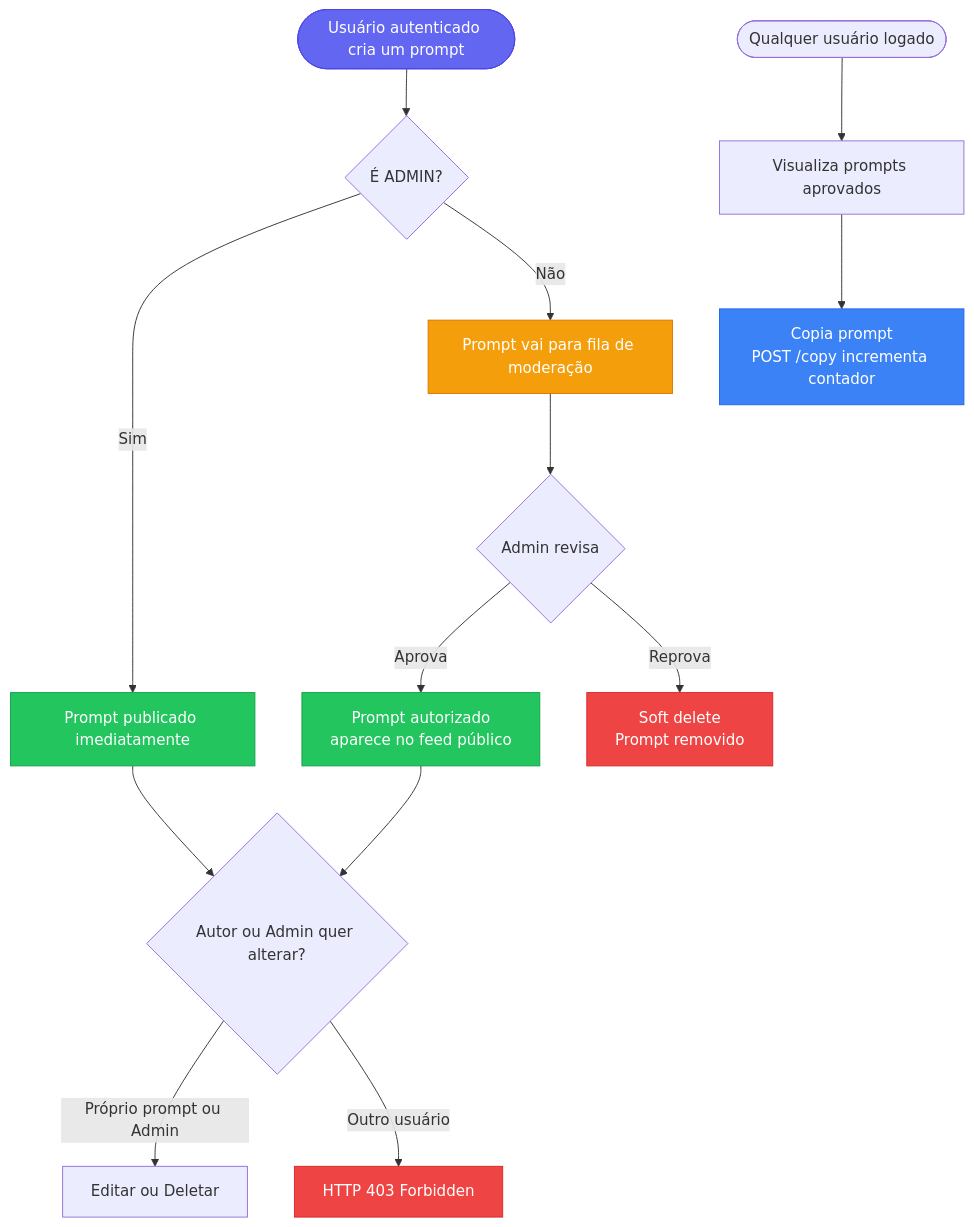
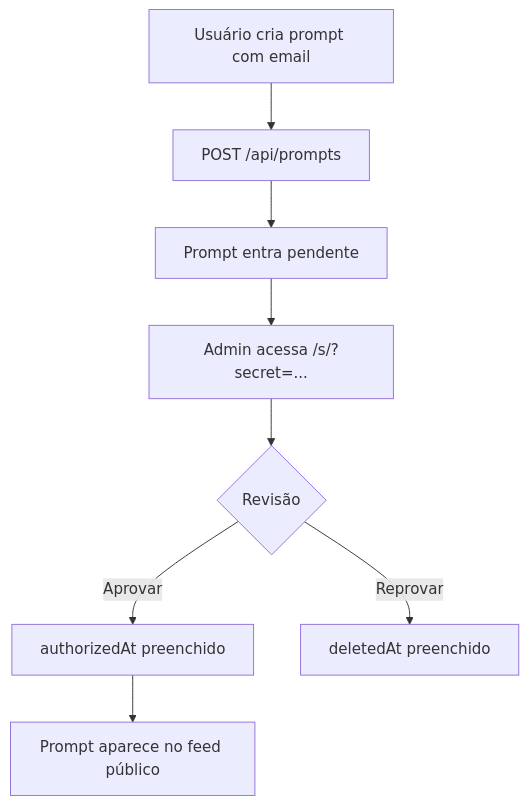
The fourth of 10 diagrams in README.md (nataliarosa88/marketplace-de-prompts), drawn with Mermaid before and after one commit. The commit also changed other lines of this file and 31 other files, not shown here.

First line of the commit message:
Remove auth flow and switch admin to secret URL.

````diff
--- a/README.md
+++ b/README.md
@@ -204,28 +155,10 @@
 ```mermaid
 flowchart TD
-    A([Usuário autenticado cria um prompt]) --> B{É ADMIN?}
-
-    B -->|Sim| C[Prompt publicado imediatamente]
-    B -->|Não| D[Prompt vai para fila de moderação]
-
-    D --> E{Admin revisa}
-    E -->|Aprova| F[Prompt autorizado\naparece no feed público]
-    E -->|Reprova| G[Soft delete\nPrompt removido]
-
-    F --> H{Autor ou Admin quer alterar?}
-    H -->|Próprio prompt ou Admin| I[Editar ou Deletar]
-    H -->|Outro usuário| J[HTTP 403 Forbidden]
-
-    C --> H
-
-    K([Qualquer usuário logado]) --> L[Visualiza prompts aprovados]
-    L --> M[Copia prompt\nPOST /copy incrementa contador]
-
-    style A fill:#6366f1,color:#fff,stroke:#4f46e5
-    style C fill:#22c55e,color:#fff,stroke:#16a34a
-    style F fill:#22c55e,color:#fff,stroke:#16a34a
-    style G fill:#ef4444,color:#fff,stroke:#dc2626
-    style J fill:#ef4444,color:#fff,stroke:#dc2626
-    style M fill:#3b82f6,color:#fff,stroke:#2563eb
-    style D fill:#f59e0b,color:#fff,stroke:#d97706
+    A[Usuário cria prompt com email] --> B[POST /api/prompts]
+    B --> C[Prompt entra pendente]
+    C --> D[Admin acessa /s/?secret=...]
+    D --> E{Revisão}
+    E -->|Aprovar| F[authorizedAt preenchido]
+    E -->|Reprovar| G[deletedAt preenchido]
+    F --> H[Prompt aparece no feed público]
 ```
````
